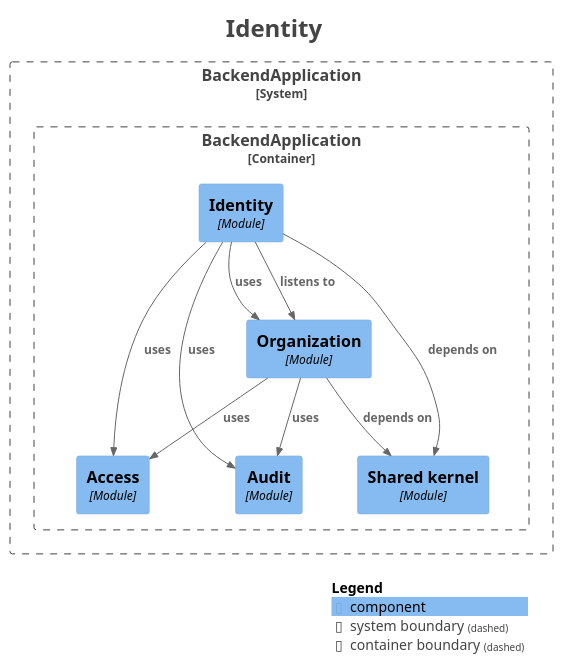
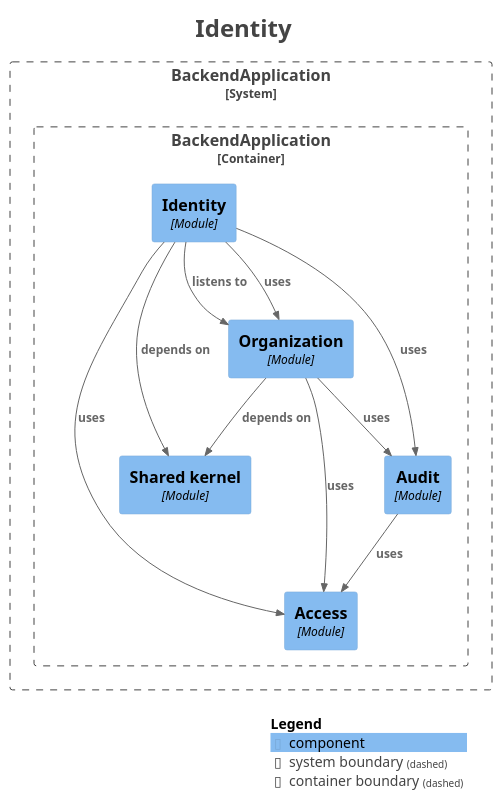
Before and after one commit to fxavier/restaurantePRO: the diagram in docs/architecture/modules/module-identity.puml, drawn with PlantUML. The commit also changed 23 other files, not shown here.

First line of the commit message:
docs(architecture): regenerate the module documentation for R2

```diff
--- a/docs/architecture/modules/module-identity.puml
+++ b/docs/architecture/modules/module-identity.puml
@@ -1,40 +1,41 @@
 @startuml
 title <size:24>Identity</size>
 
 set separator none
 top to bottom direction
 
 <style>
   root {
     BackgroundColor: #ffffff
     FontColor: #444444
   }
 </style>
 
 !include <C4/C4>
 !include <C4/C4_Context>
 !include <C4/C4_Component>
 
 System_Boundary("BackendApplication_boundary", "BackendApplication", $tags="") {
   Container_Boundary("BackendApplication.BackendApplication_boundary", "BackendApplication", $tags="") {
     Component(BackendApplication.BackendApplication.Identity, "Identity", $techn="Module", $descr="", $tags="", $link="")
     Component(BackendApplication.BackendApplication.Access, "Access", $techn="Module", $descr="", $tags="", $link="")
+    Component(BackendApplication.BackendApplication.Sharedkernel, "Shared kernel", $techn="Module", $descr="", $tags="", $link="")
     Component(BackendApplication.BackendApplication.Audit, "Audit", $techn="Module", $descr="", $tags="", $link="")
-    Component(BackendApplication.BackendApplication.Sharedkernel, "Shared kernel", $techn="Module", $descr="", $tags="", $link="")
     Component(BackendApplication.BackendApplication.Organization, "Organization", $techn="Module", $descr="", $tags="", $link="")
   }
 
 }
 
+Rel(BackendApplication.BackendApplication.Audit, BackendApplication.BackendApplication.Access, "uses", $techn="", $tags="", $link="")
+Rel(BackendApplication.BackendApplication.Identity, BackendApplication.BackendApplication.Organization, "listens to", $techn="", $tags="", $link="")
+Rel(BackendApplication.BackendApplication.Identity, BackendApplication.BackendApplication.Sharedkernel, "depends on", $techn="", $tags="", $link="")
+Rel(BackendApplication.BackendApplication.Identity, BackendApplication.BackendApplication.Audit, "uses", $techn="", $tags="", $link="")
+Rel(BackendApplication.BackendApplication.Identity, BackendApplication.BackendApplication.Access, "uses", $techn="", $tags="", $link="")
+Rel(BackendApplication.BackendApplication.Identity, BackendApplication.BackendApplication.Organization, "uses", $techn="", $tags="", $link="")
 Rel(BackendApplication.BackendApplication.Organization, BackendApplication.BackendApplication.Sharedkernel, "depends on", $techn="", $tags="", $link="")
 Rel(BackendApplication.BackendApplication.Organization, BackendApplication.BackendApplication.Audit, "uses", $techn="", $tags="", $link="")
 Rel(BackendApplication.BackendApplication.Organization, BackendApplication.BackendApplication.Access, "uses", $techn="", $tags="", $link="")
-Rel(BackendApplication.BackendApplication.Identity, BackendApplication.BackendApplication.Organization, "listens to", $techn="", $tags="", $link="")
-Rel(BackendApplication.BackendApplication.Identity, BackendApplication.BackendApplication.Sharedkernel, "depends on", $techn="", $tags="", $link="")
-Rel(BackendApplication.BackendApplication.Identity, BackendApplication.BackendApplication.Audit, "uses", $techn="", $tags="", $link="")
-Rel(BackendApplication.BackendApplication.Identity, BackendApplication.BackendApplication.Organization, "uses", $techn="", $tags="", $link="")
-Rel(BackendApplication.BackendApplication.Identity, BackendApplication.BackendApplication.Access, "uses", $techn="", $tags="", $link="")
 
 SHOW_LEGEND(true)
 hide stereotypes
 @enduml
```
